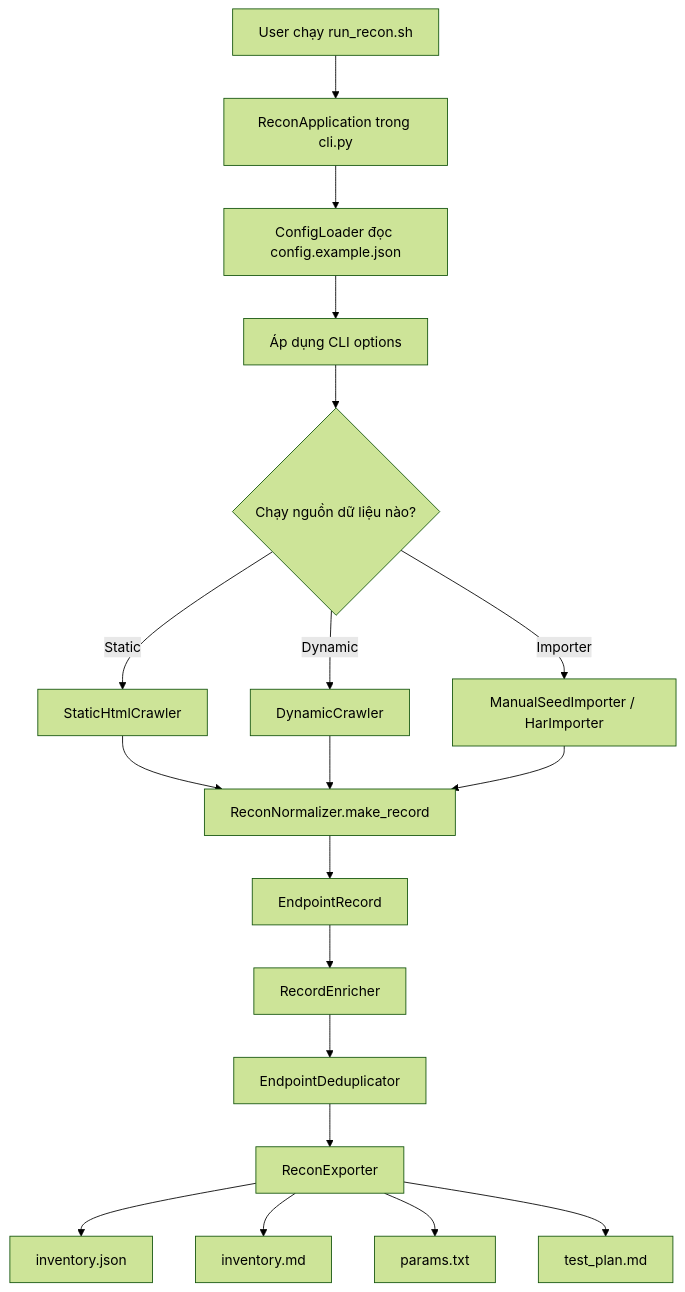
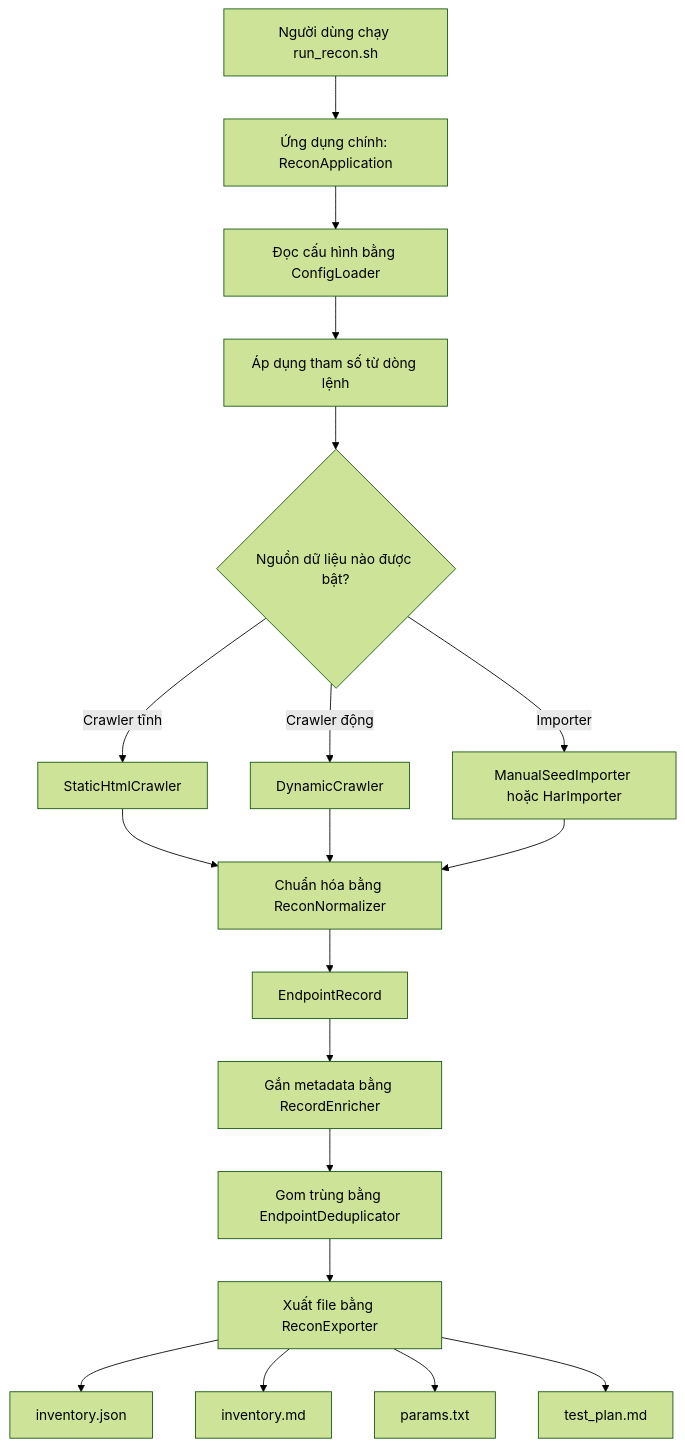
The first of 11 diagrams in RECON_FLOW.md (penguino7/toolkiemthu), drawn with Mermaid (forest theme) before and after one commit. The commit also changed other lines of this file, not shown here.

Commit message:
Update lại file recon

````diff
--- a/RECON_FLOW.md
+++ b/RECON_FLOW.md
@@ -7,25 +15,25 @@
 ```mermaid
 flowchart TD
-    A[User chạy run_recon.sh] --> B[ReconApplication trong cli.py]
-    B --> C[ConfigLoader đọc config.example.json]
-    C --> D[Áp dụng CLI options]
-    D --> E{Chạy nguồn dữ liệu nào?}
+    A[Người dùng chạy run_recon.sh] --> B[Ứng dụng chính: ReconApplication]
+    B --> C[Đọc cấu hình bằng ConfigLoader]
+    C --> D[Áp dụng tham số từ dòng lệnh]
+    D --> E{Nguồn dữ liệu nào được bật?}
 
-    E -->|Static| F[StaticHtmlCrawler]
-    E -->|Dynamic| G[DynamicCrawler]
-    E -->|Importer| H[ManualSeedImporter / HarImporter]
+    E -->|Crawler tĩnh| F[StaticHtmlCrawler]
+    E -->|Crawler động| G[DynamicCrawler]
+    E -->|Importer| H[ManualSeedImporter hoặc HarImporter]
 
-    F --> I[ReconNormalizer.make_record]
+    F --> I[Chuẩn hóa bằng ReconNormalizer]
     G --> I
     H --> I
 
     I --> J[EndpointRecord]
-    J --> K[RecordEnricher]
-    K --> L[EndpointDeduplicator]
-    L --> M[ReconExporter]
+    J --> K[Gắn metadata bằng RecordEnricher]
+    K --> L[Gom trùng bằng EndpointDeduplicator]
+    L --> M[Xuất file bằng ReconExporter]
 
     M --> N[inventory.json]
     M --> O[inventory.md]
     M --> P[params.txt]
     M --> Q[test_plan.md]
 ```
````
